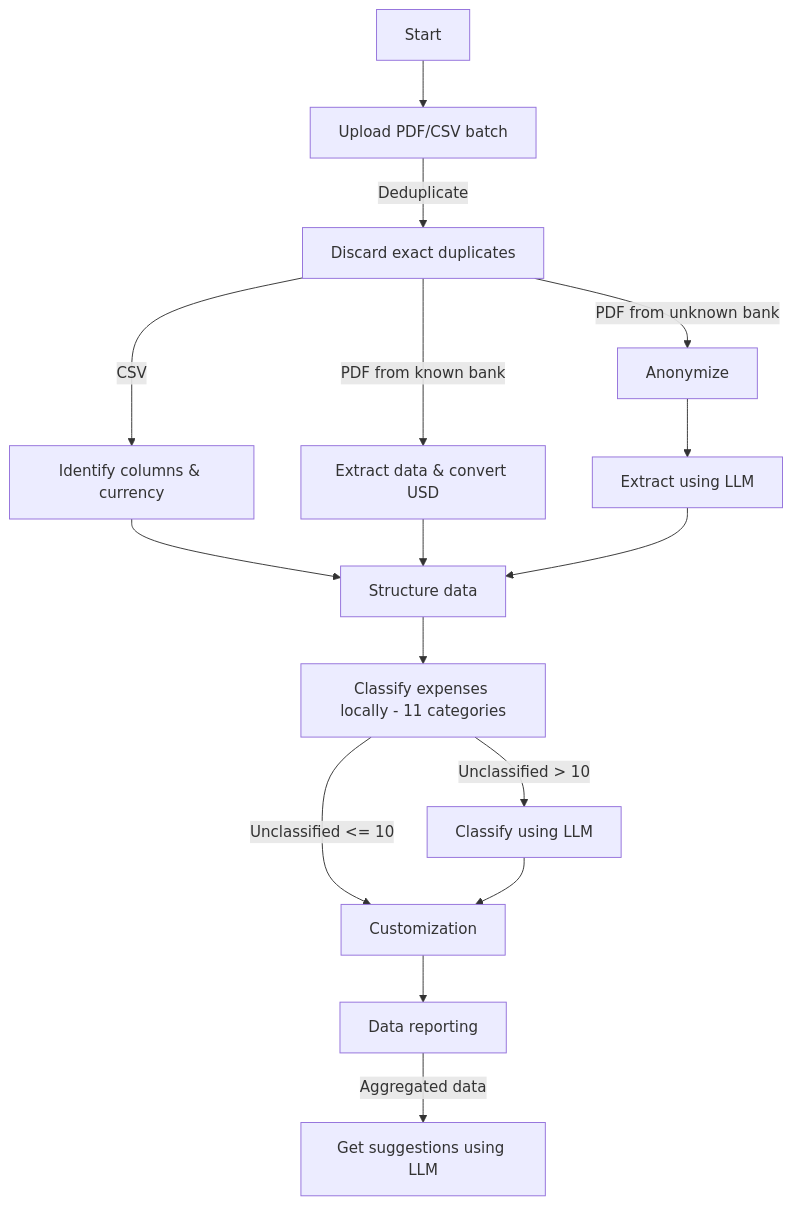
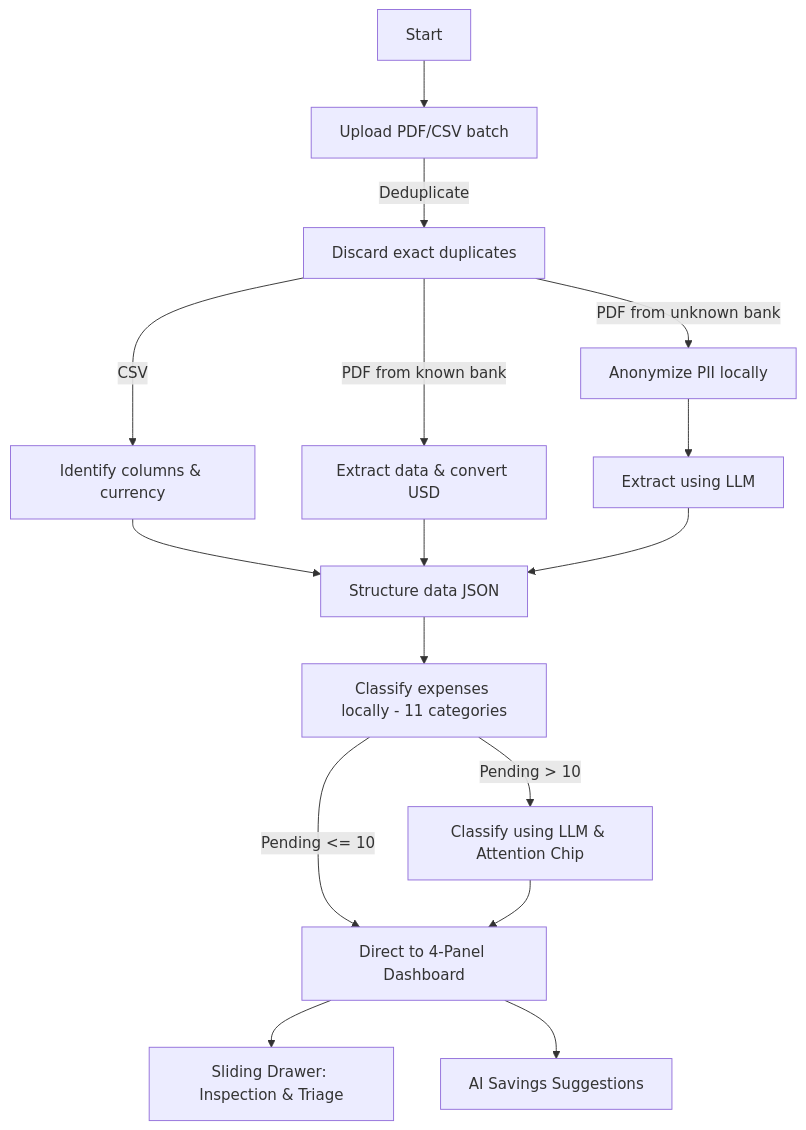
Before and after one commit to cuprumbot/expense-tracker: the diagram in README.md, drawn with Mermaid. The commit also changed other lines of this file and 9 other files, not shown here.

First line of the commit message:
docs: update architectural, dashboard, and testing documentation

````diff
--- a/README.md
+++ b/README.md
@@ -40,18 +50,18 @@
 ```mermaid
 flowchart TD
     A[Start] --> B[Upload PDF/CSV batch]
     B --> |Deduplicate| C[Discard exact duplicates]
     C --> |CSV| D[Identify columns & currency]
     C --> |PDF from known bank| E[Extract data & convert USD]
-    C --> |PDF from unknown bank| F[Anonymize]
+    C --> |PDF from unknown bank| F[Anonymize PII locally]
     F --> G[Extract using LLM]
-    D --> H[Structure data]
+    D --> H[Structure data JSON]
     E --> H
     G --> H
     H --> I[Classify expenses locally - 11 categories]
-    I --> |Unclassified <= 10| J[Customization]
-    I --> |Unclassified > 10| K[Classify using LLM]
+    I --> |Pending <= 10| J[Direct to 4-Panel Dashboard]
+    I --> |Pending > 10| K[Classify using LLM & Attention Chip]
     K --> J
-    J --> L[Data reporting]
-    L --> |Aggregated data| M[Get suggestions using LLM]
+    J --> L[Sliding Drawer: Inspection & Triage]
+    J --> M[AI Savings Suggestions]
 ```
````
